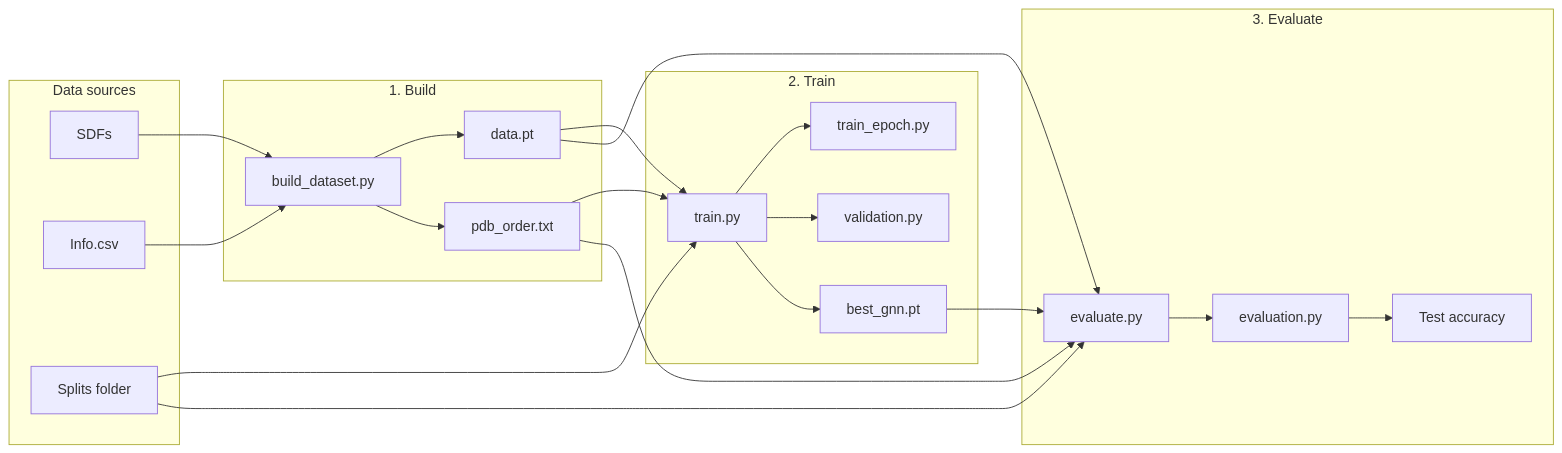
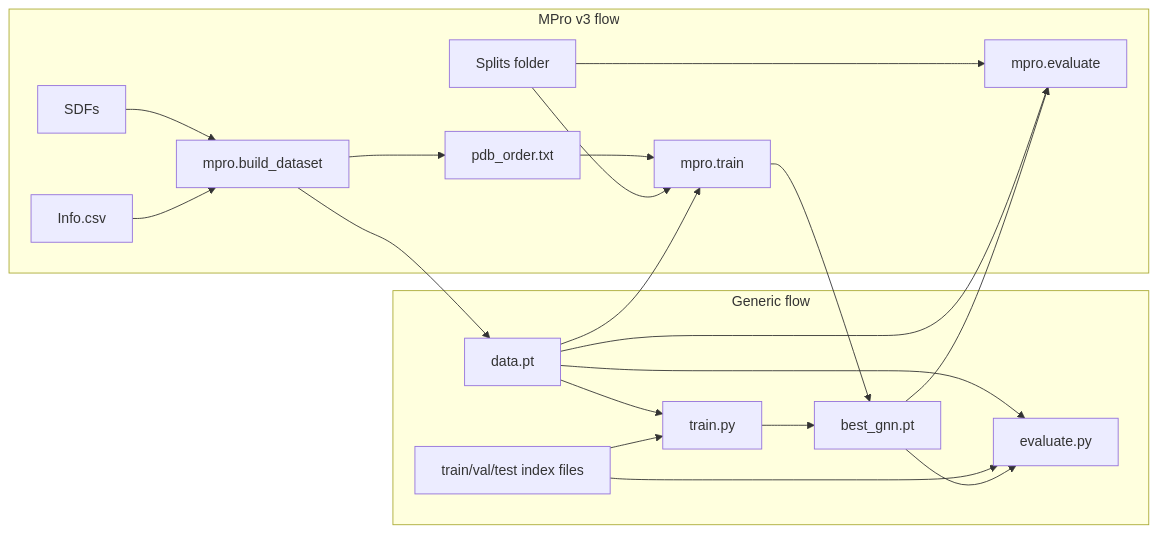
Before and after one commit to mananoreboton/gnn_gine_mprov3: the first of 2 diagrams in README.md, drawn with Mermaid. The commit also changed other lines of this file and 16 other files, not shown here.

First line of the commit message:
Refactor dataset management and training scripts for generic GNN usage

````diff
--- a/README.md
+++ b/README.md
@@ -7,46 +10,35 @@
 ```mermaid
 flowchart LR
-    subgraph sources [Data sources]
+    subgraph generic [Generic flow]
+        GData[data.pt]
+        GIdx[train/val/test index files]
+        GTrain[train.py]
+        GEval[evaluate.py]
+        GData --> GTrain
+        GIdx --> GTrain
+        GTrain --> BestCkpt[best_gnn.pt]
+        GData --> GEval
+        GIdx --> GEval
+        BestCkpt --> GEval
+    end
+
+    subgraph mpro [MPro v3 flow]
         SDF[SDFs]
         Info[Info.csv]
         Splits[Splits folder]
+        MBuild[mpro.build_dataset]
+        MTrain[mpro.train]
+        MEval[mpro.evaluate]
+        SDF --> MBuild
+        Info --> MBuild
+        MBuild --> GData
+        MBuild --> PdbOrder[pdb_order.txt]
+        GData --> MTrain
+        PdbOrder --> MTrain
+        Splits --> MTrain
+        MTrain --> BestCkpt
+        GData --> MEval
+        Splits --> MEval
+        BestCkpt --> MEval
     end
-
-    subgraph build [1. Build]
-        BuildCLI[build_dataset.py]
-        DataPT[data.pt]
-        PdbOrder[pdb_order.txt]
-    end
-
-    subgraph train_flow [2. Train]
-        TrainCLI[train.py]
-        TrainEpoch[train_epoch.py]
-        ValMod[validation.py]
-        BestCkpt[best_gnn.pt]
-    end
-
-    subgraph eval_flow [3. Evaluate]
-        EvalCLI[evaluate.py]
-        EvalMod[evaluation.py]
-        Metrics[Test accuracy]
-    end
-
-    SDF --> BuildCLI
-    Info --> BuildCLI
-    BuildCLI --> DataPT
-    BuildCLI --> PdbOrder
-
-    DataPT --> TrainCLI
-    PdbOrder --> TrainCLI
-    Splits --> TrainCLI
-    TrainCLI --> TrainEpoch
-    TrainCLI --> ValMod
-    TrainCLI --> BestCkpt
-
-    DataPT --> EvalCLI
-    PdbOrder --> EvalCLI
-    Splits --> EvalCLI
-    BestCkpt --> EvalCLI
-    EvalCLI --> EvalMod
-    EvalMod --> Metrics
 ```
````
